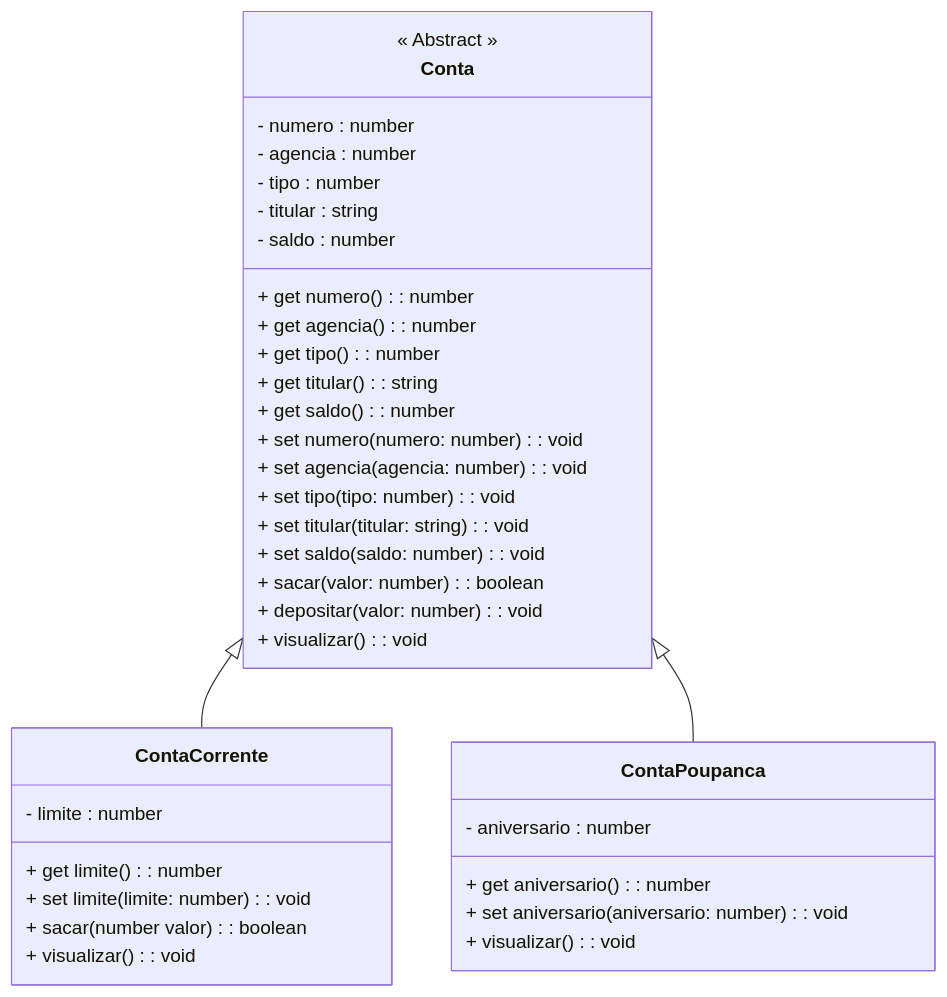
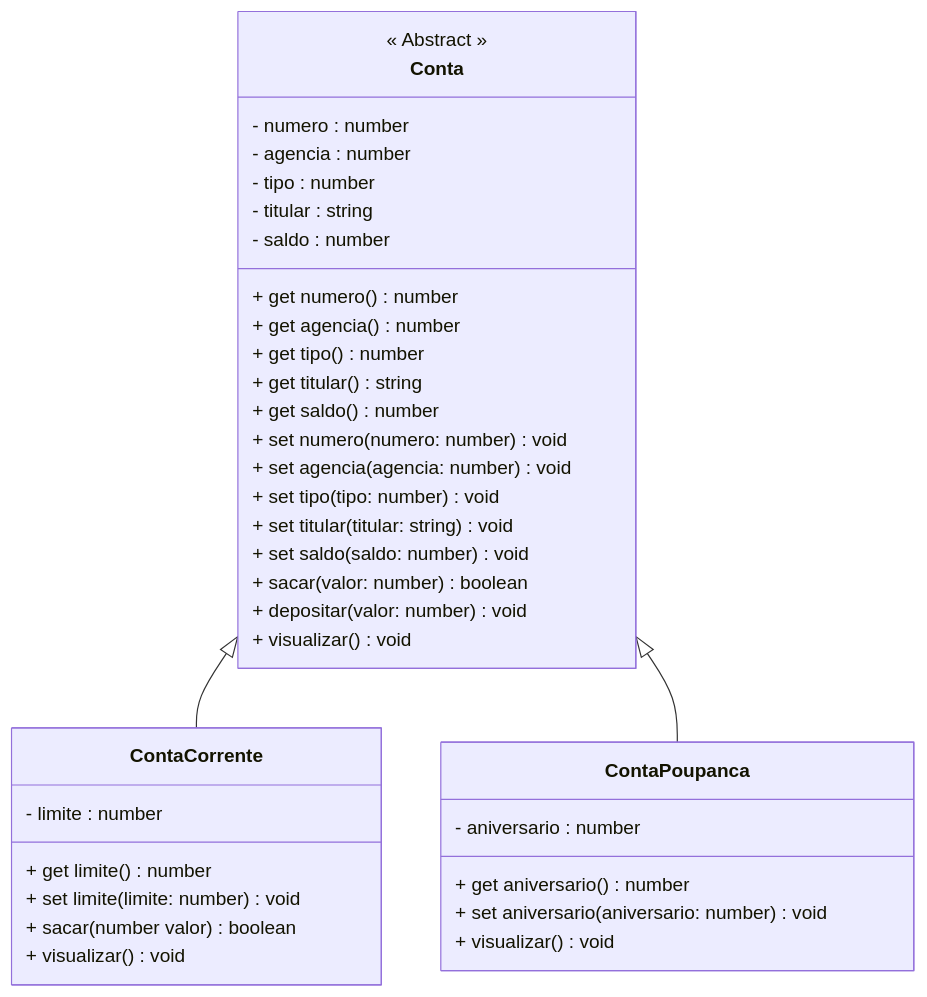
One commit to conteudoGeneration/cookbook_javascript changed the diagram in 01_javascript/pr05.md. Above: the diagram before and after it, drawn with Mermaid. The commit also changed 16 other files, not shown here.

````diff
--- a/01_javascript/pr05.md
+++ b/01_javascript/pr05.md
@@ -9,39 +9,39 @@
 ```mermaid
 classDiagram
 class Conta {
 << Abstract >>
   - numero : number
   - agencia : number
   - tipo : number
   - titular : string
   - saldo : number
-  + get numero(): number
-  + get agencia(): number
-  + get tipo(): number
-  + get titular(): string
-  + get saldo(): number
-  + set numero(numero: number): void
-  + set agencia(agencia: number): void
-  + set tipo(tipo: number): void
-  + set titular(titular: string): void
-  + set saldo(saldo: number): void
-  + sacar(valor: number): boolean
-  + depositar(valor: number): void
-  + visualizar(): void
+  + get numero() number
+  + get agencia() number
+  + get tipo() number
+  + get titular() string
+  + get saldo() number
+  + set numero(numero: number) void
+  + set agencia(agencia: number) void
+  + set tipo(tipo: number) void
+  + set titular(titular: string) void
+  + set saldo(saldo: number) void
+  + sacar(valor: number) boolean
+  + depositar(valor: number) void
+  + visualizar() void
 }
 class ContaCorrente {
   - limite : number
-  + get limite(): number
-  + set limite(limite: number): void
-  + sacar(number valor): boolean
-  + visualizar(): void
+  + get limite() number
+  + set limite(limite: number) void
+  + sacar(number valor) boolean
+  + visualizar() void
 }
 class ContaPoupanca {
   - aniversario : number
-  + get aniversario(): number
-  + set aniversario(aniversario: number): void
-  + visualizar(): void
+  + get aniversario() number
+  + set aniversario(aniversario: number) void
+  + visualizar() void
 }
 Conta <|-- ContaCorrente
 Conta <|-- ContaPoupanca
 ```
````
